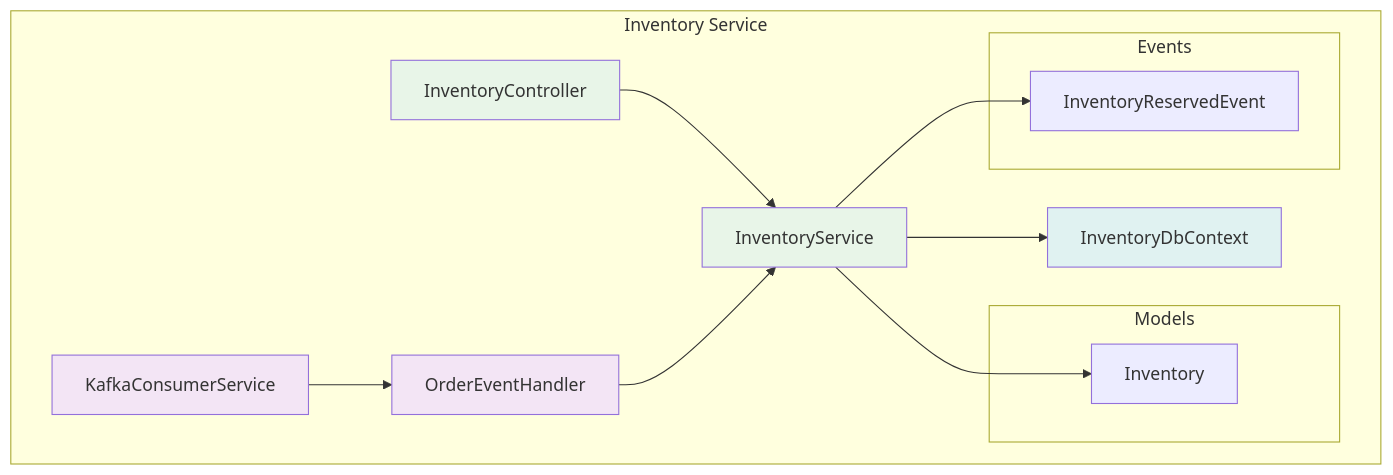
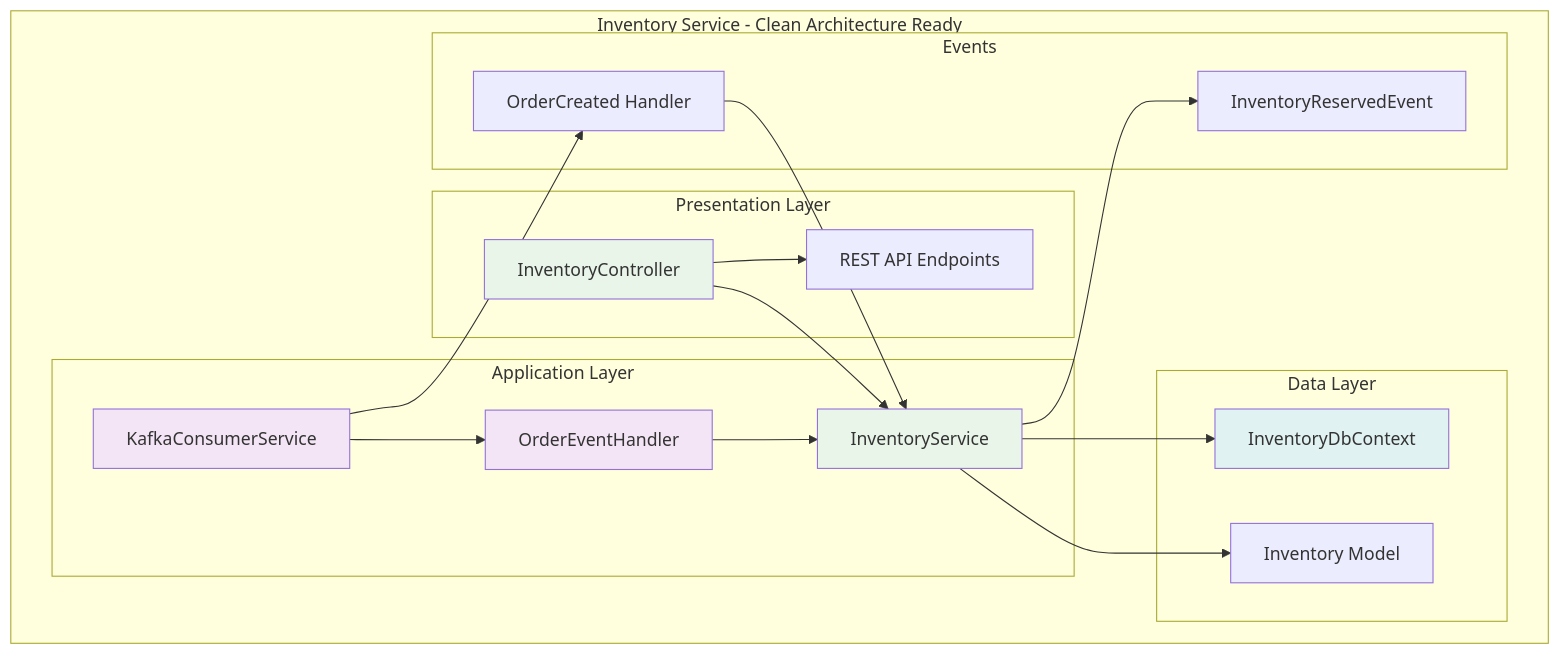
One commit to HoangMy-Rudeus/Kafka-Integration changed the second of 6 diagrams in memory-bank/system-schemes/c2.md. Above: the diagram before and after it, drawn with Mermaid. The commit also changed other lines of this file and 4 other files, not shown here.

````diff
--- a/memory-bank/system-schemes/c2.md
+++ b/memory-bank/system-schemes/c2.md
@@ -56,31 +123,41 @@
 ```mermaid
 graph TB
-    subgraph "Inventory Service"
-        IC[InventoryController]
-        IS[InventoryService]
-        KC[KafkaConsumerService]
-        OEH[OrderEventHandler]
-        IDC[InventoryDbContext]
+    subgraph "Inventory Service - Clean Architecture Ready"
+        subgraph "Presentation Layer"
+            IC[InventoryController]
+            API_INV[REST API Endpoints]
+        end
         
-        subgraph "Models"
-            INVENTORY[Inventory]
+        subgraph "Application Layer"
+            IS[InventoryService]
+            KC[KafkaConsumerService]
+            OEH[OrderEventHandler]
+        end
+        
+        subgraph "Data Layer"
+            IDC[InventoryDbContext]
+            INVENTORY[Inventory Model]
         end
         
         subgraph "Events"
             INVENTORY_RESERVED[InventoryReservedEvent]
+            ORDER_CREATED_HANDLER[OrderCreated Handler]
         end
     end
     
     IC --> IS
+    IC --> API_INV
     IS --> IDC
     KC --> OEH
     OEH --> IS
     IS --> INVENTORY_RESERVED
     IS --> INVENTORY
+    KC --> ORDER_CREATED_HANDLER
+    ORDER_CREATED_HANDLER --> IS
     
     style IC fill:#e8f5e8
     style IS fill:#e8f5e8
     style KC fill:#f3e5f5
     style OEH fill:#f3e5f5
     style IDC fill:#e0f2f1
 ```
````
